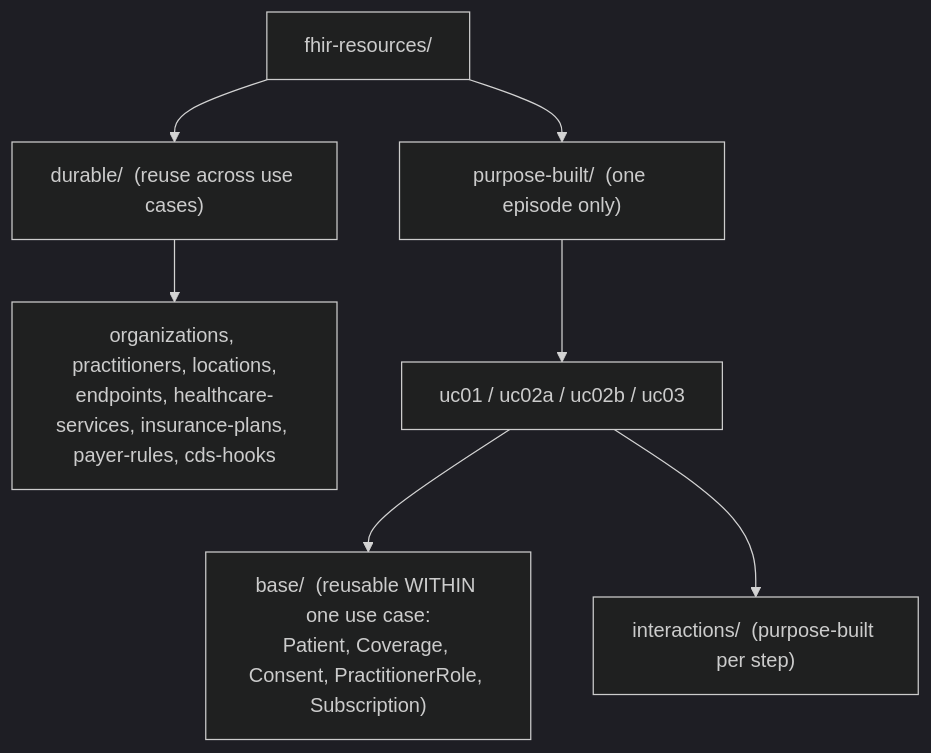
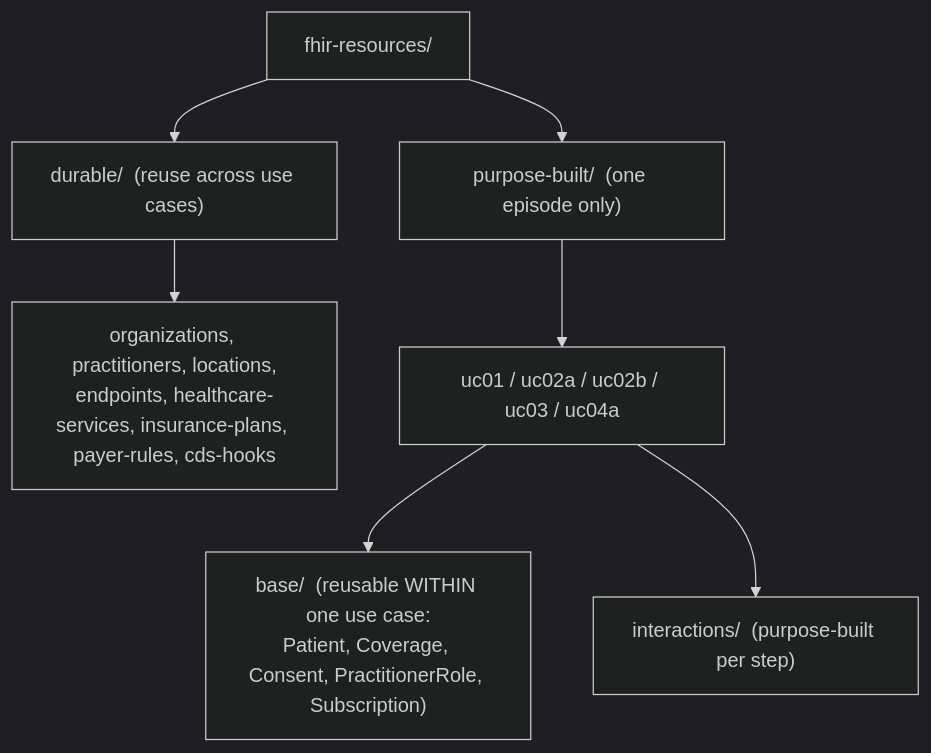
The diagram in 2026-CMS-Connectathon/fhir-resources/README.md (lp-digitalhealth/ohia-test-data), drawn with Mermaid (dark theme) before and after one commit. The commit also changed other lines of this file and 72 other files, not shown here.

````diff
--- a/2026-CMS-Connectathon/fhir-resources/README.md
+++ b/2026-CMS-Connectathon/fhir-resources/README.md
@@ -10,9 +10,9 @@
 ```mermaid
 graph TD
   root["fhir-resources/"] --> dur["durable/  (reuse across use cases)"]
   root --> pb["purpose-built/  (one episode only)"]
   dur --> reg["organizations, practitioners, locations,<br/>endpoints, healthcare-services, insurance-plans, payer-rules, cds-hooks"]
-  pb --> uc["uc01 / uc02a / uc02b / uc03"]
+  pb --> uc["uc01 / uc02a / uc02b / uc03 / uc04a"]
   uc --> base["base/  (reusable WITHIN one use case:<br/>Patient, Coverage, Consent, PractitionerRole, Subscription)"]
   uc --> ix["interactions/  (purpose-built per step)"]
 ```
````
